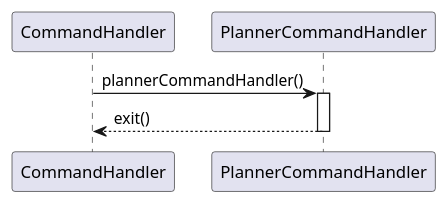
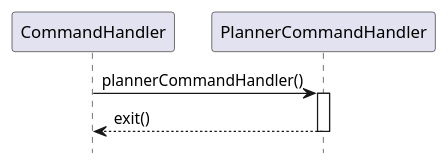
The diagram in docs/UML/PlannerCommandHandler.puml (nus-cs2113-AY2223S2/tp), drawn with PlantUML before and after one commit. The commit also changed 16 other files, not shown here.

Commit message:
Update Storage UML

```diff
--- a/docs/UML/PlannerCommandHandler.puml
+++ b/docs/UML/PlannerCommandHandler.puml
@@ -1,6 +1,7 @@
 @startuml
+hidefootbox
 CommandHandler -> PlannerCommandHandler: plannerCommandHandler()
 activate PlannerCommandHandler
 PlannerCommandHandler-->CommandHandler: exit()
 deactivate PlannerCommandHandler
 @enduml
```
